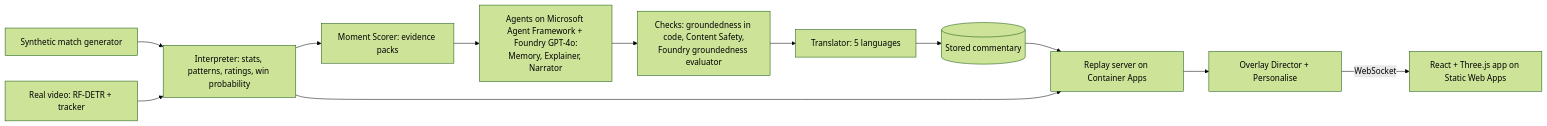
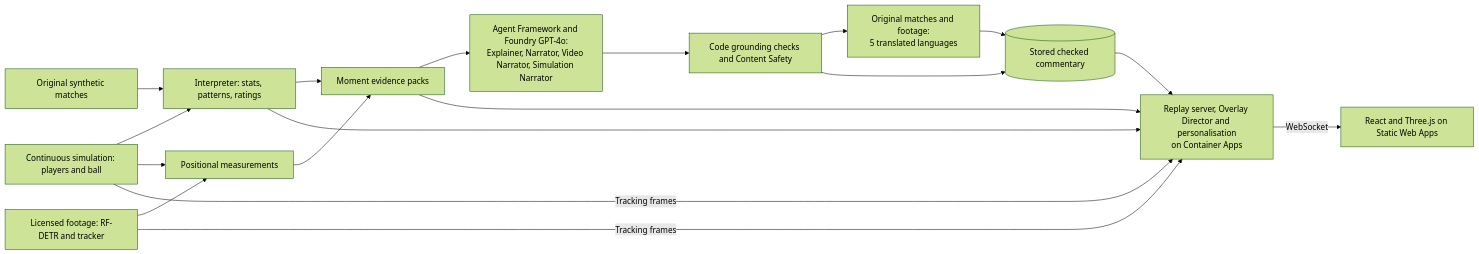
Before and after one commit to ILikePotatoesALot/pitch-insights: the diagram in README.md, drawn with Mermaid (forest theme). The commit also changed other lines of this file, not shown here.

Commit message:
Refresh README for continuous replay and privacy controls

````diff
--- a/README.md
+++ b/README.md
@@ -33,14 +37,20 @@
 ```mermaid
 flowchart LR
-    G[Synthetic match generator] --> I
-    V[Real video: RF-DETR + tracker] --> I
-    I[Interpreter: stats, patterns, ratings, win probability] --> M[Moment Scorer: evidence packs]
-    M --> A[Agents on Microsoft Agent Framework + Foundry GPT-4o:<br/>Memory, Explainer, Narrator]
-    A --> C[Checks: groundedness in code, Content Safety,<br/>Foundry groundedness evaluator]
-    C --> T[Translator: 5 languages]
-    T --> S[(Stored commentary)]
-    S --> R[Replay server on Container Apps]
+    G[Original synthetic matches] --> I[Interpreter: stats, patterns, ratings]
+    S[Continuous simulation: players and ball] --> I
+    S --> P[Positional measurements]
+    V[Licensed footage: RF-DETR and tracker] --> P
+    I --> M[Moment evidence packs]
+    P --> M
+    M --> A[Agent Framework and Foundry GPT-4o:<br/>Explainer, Narrator, Video Narrator, Simulation Narrator]
+    A --> C[Code grounding checks and Content Safety]
+    C --> T[Original matches and footage:<br/>5 translated languages]
+    C --> B[(Stored checked commentary)]
+    T --> B
+    B --> R[Replay server, Overlay Director and personalisation<br/>on Container Apps]
     I --> R
-    R --> D[Overlay Director + Personalise]
-    D -->|WebSocket| W[React + Three.js app on Static Web Apps]
+    S -->|Tracking frames| R
+    V -->|Tracking frames| R
+    M --> R
+    R -->|WebSocket| W[React and Three.js on Static Web Apps]
 ```
````
